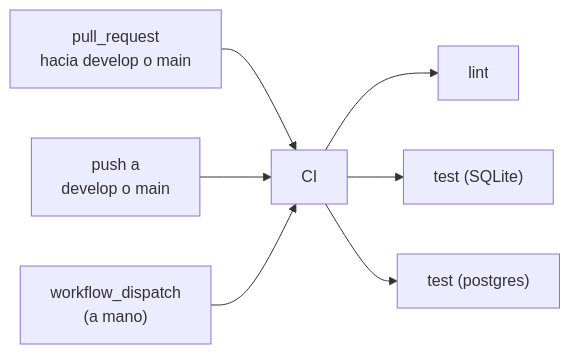
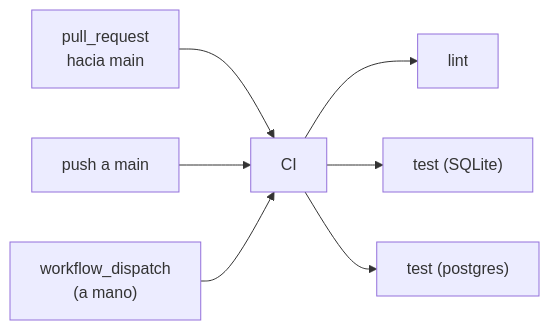
One commit to AGA-Studio/Member-Web changed the first of 2 diagrams in docs/CI.md. Above: the diagram before and after it, drawn with Mermaid. The commit also changed other lines of this file and 6 other files, not shown here.

````diff
--- a/docs/CI.md
+++ b/docs/CI.md
@@ -51,9 +51,9 @@
 ```mermaid
 flowchart LR
-    PR["pull_request<br/>hacia develop o main"] --> CI["CI"]
-    PUSH["push a<br/>develop o main"] --> CI
+    PR["pull_request<br/>hacia main"] --> CI["CI"]
+    PUSH["push a main"] --> CI
     MAN["workflow_dispatch<br/>(a mano)"] --> CI
     CI --> L["lint"]
     CI --> T["test (SQLite)"]
     CI --> P["test (postgres)"]
 ```
````
